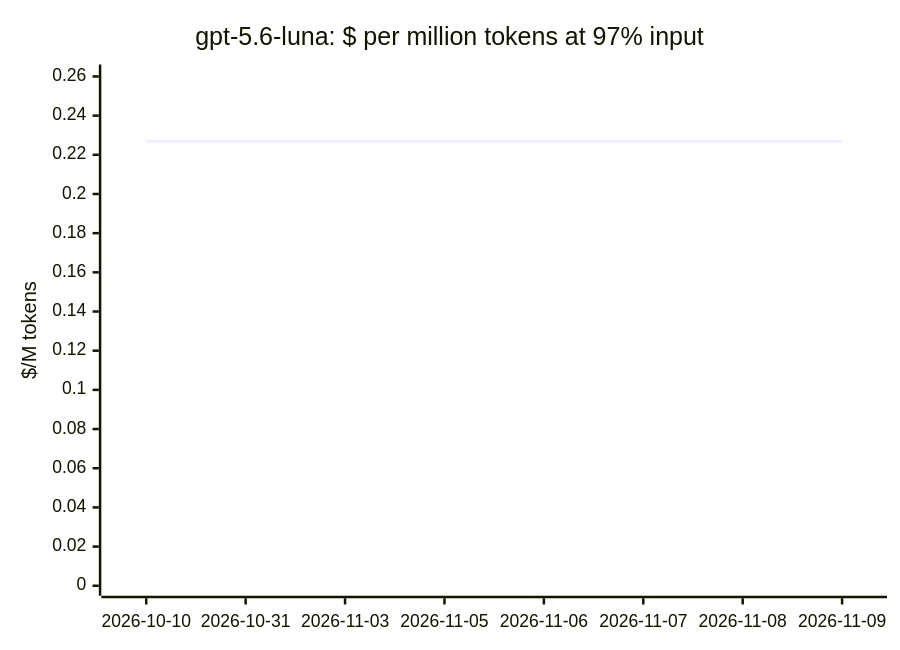
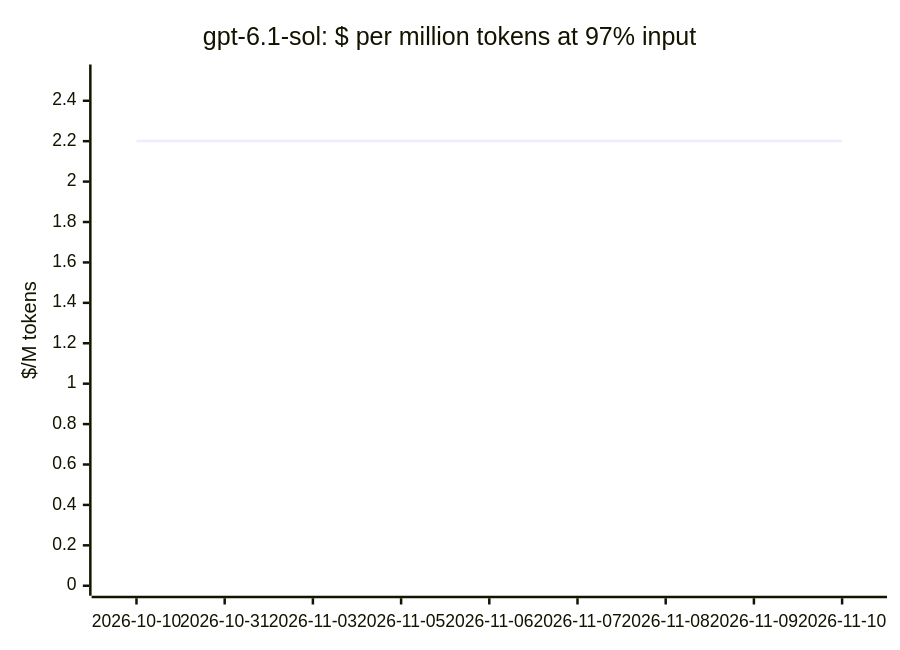
Diagram 14 of 19 in docs/openrouter-models.md (cklukas/OMEGA_TRANSFORM), drawn with Mermaid before and after one commit. The commit also changed other lines of this file and 49 other files, not shown here.

````diff
--- a/docs/openrouter-models.md
+++ b/docs/openrouter-models.md
@@ -258,7 +256,7 @@
 ```mermaid
 xychart-beta
-    title "gpt-5.6-luna: $ per million tokens at 97% input"
-    x-axis ["2026-10-10", "2026-10-31", "2026-11-03", "2026-11-05", "2026-11-06", "2026-11-07", "2026-11-08", "2026-11-09"]
-    y-axis "$/M tokens" 0 --> 0.261
-    line [0.2269, 0.2269, 0.2269, 0.2269, 0.2269, 0.2269, 0.2269, 0.2269]
+    title "gpt-6.1-sol: $ per million tokens at 97% input"
+    x-axis ["2026-10-10", "2026-10-31", "2026-11-03", "2026-11-05", "2026-11-06", "2026-11-07", "2026-11-08", "2026-11-09", "2026-11-10"]
+    y-axis "$/M tokens" 0 --> 2.53
+    line [2.201, 2.201, 2.201, 2.201, 2.201, 2.201, 2.201, 2.201, 2.201]
 ```
````
